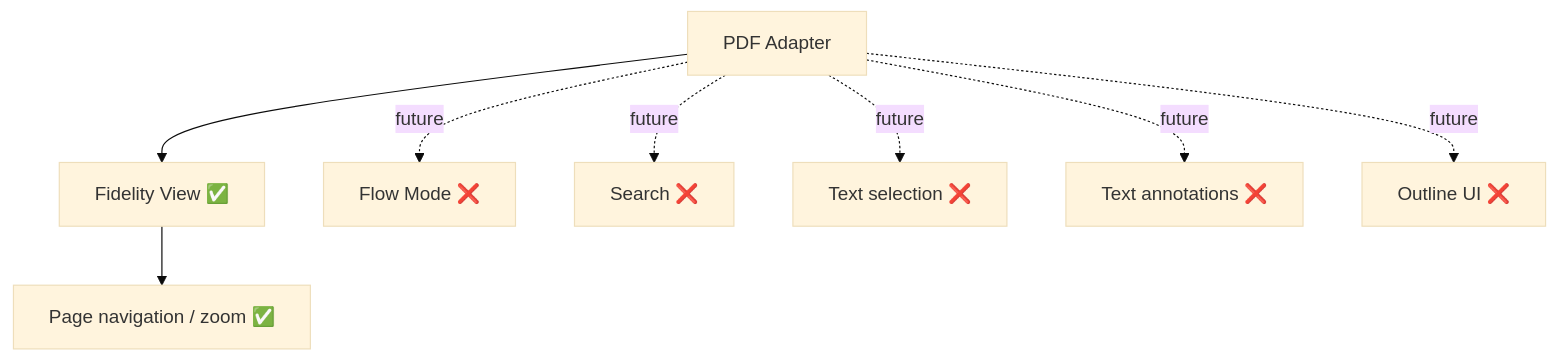
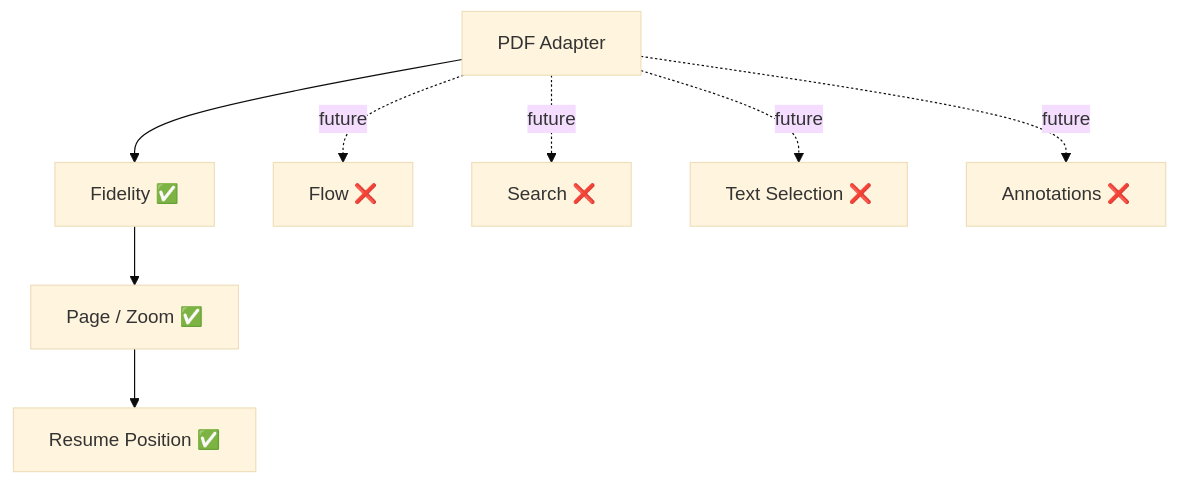
Before and after one commit to aaditya140103/kola: the fifth of 11 diagrams in docs/PROJECT_GRAPH.md, drawn with Mermaid (base theme). The commit also changed other lines of this file, not shown here.

Commit message:
docs: add reader state persistence loop to project graph

````diff
--- a/docs/PROJECT_GRAPH.md
+++ b/docs/PROJECT_GRAPH.md
@@ -109,18 +93,17 @@
 ```mermaid
 flowchart TD
     PDF[PDF Adapter]
-    Fidelity[Fidelity View ✅]
-    Nav[Page navigation / zoom ✅]
-    Flow[Flow Mode ❌]
+    Fidelity[Fidelity ✅]
+    Nav[Page / Zoom ✅]
+    Resume[Resume Position ✅]
+    Flow[Flow ❌]
     Search[Search ❌]
-    Select[Text selection ❌]
-    Annotate[Text annotations ❌]
-    Outline[Outline UI ❌]
+    Select[Text Selection ❌]
+    Annotate[Annotations ❌]
 
-    PDF --> Fidelity --> Nav
+    PDF --> Fidelity --> Nav --> Resume
     PDF -. future .-> Flow
     PDF -. future .-> Search
     PDF -. future .-> Select
     PDF -. future .-> Annotate
-    PDF -. future .-> Outline
 ```
````
